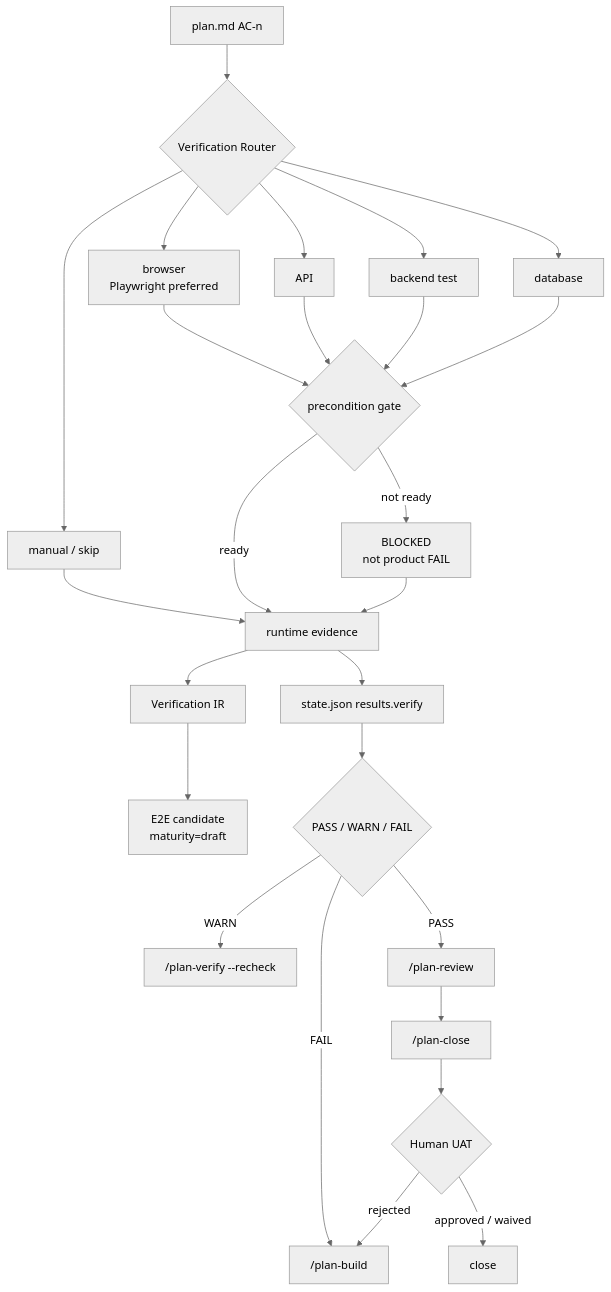
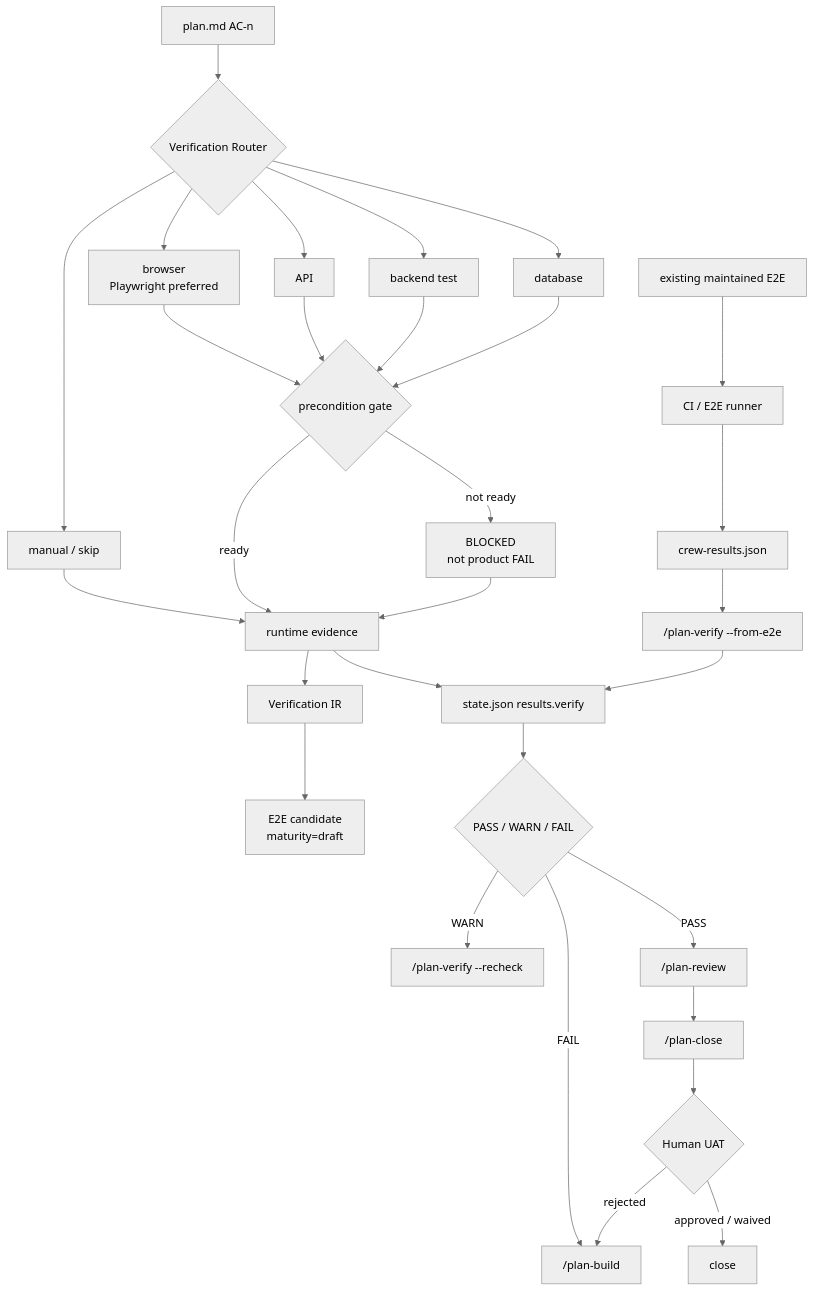
Before and after one commit to mark22013333/crew: the fifth of 5 diagrams in plugins/feature-workflow/README.md, drawn with Mermaid (neutral theme). The commit also changed other lines of this file and 15 other files, not shown here.

Commit message:
feat(plan-verify): add deterministic E2E result loop

````diff
--- a/plugins/feature-workflow/README.md
+++ b/plugins/feature-workflow/README.md
@@ -309,28 +309,34 @@
 ```mermaid
 flowchart TD
     AC["plan.md AC-n"] --> Router{"Verification Router"}
     Router --> Browser["browser<br/>Playwright preferred"]
     Router --> API["API"]
     Router --> Backend["backend test"]
     Router --> DB["database"]
     Router --> Manual["manual / skip"]
     Browser --> Pre{"precondition gate"}
     API --> Pre
     Backend --> Pre
     DB --> Pre
     Manual --> Evidence["runtime evidence"]
     Pre -- "ready" --> Evidence
     Pre -- "not ready" --> Blocked["BLOCKED<br/>not product FAIL"]
     Blocked --> Evidence
     Evidence --> Result["state.json results.verify"]
     Evidence --> IR["Verification IR"]
     IR --> Draft["E2E candidate<br/>maturity=draft"]
+
+    Existing["existing maintained E2E"] --> CI["CI / E2E runner"]
+    CI --> Artifact["crew-results.json"]
+    Artifact --> Import["/plan-verify --from-e2e"]
+    Import --> Result
+
     Result --> Status{"PASS / WARN / FAIL"}
     Status -- "FAIL" --> Build["/plan-build"]
     Status -- "WARN" --> Recheck["/plan-verify --recheck"]
     Status -- "PASS" --> Review["/plan-review"]
     Review --> Close["/plan-close"]
     Close --> UAT{"Human UAT"}
     UAT -- "rejected" --> Build
     UAT -- "approved / waived" --> Done["close"]
 ```
````
